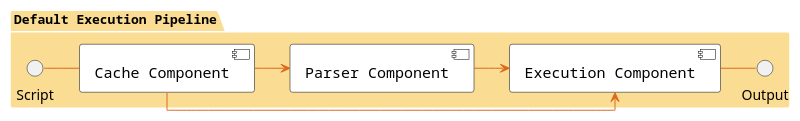
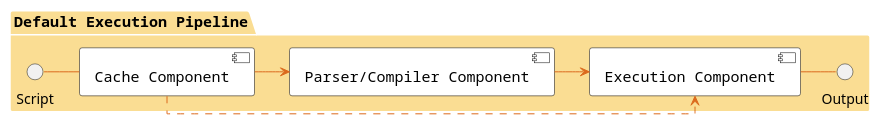
Before and after one commit to navtech-io/Simpleflow: the diagram in SimpleflowDiagram.puml, drawn with PlantUML. The commit also changed 1 other file, not shown here.

```diff
--- a/SimpleflowDiagram.puml
+++ b/SimpleflowDiagram.puml
@@ -1,32 +1,31 @@
 @startuml Simpleflow
 
 skinparam linetype ortho
 
 skinparam component {
   FontSize 15
-  
   FontName Courier
   BorderColor black
   BackgroundColor white
   ArrowFontName Impact
   ArrowColor #db691d
 }
 
 skinparam package {
-  FontSize 13
+  FontSize 15
   FontName Courier
   BorderColor white
   BackgroundColor #fadd93
   ArrowFontName Impact
   
 }
 
 package "Default Execution Pipeline"  {
     Script -right- [Cache Component]
-    [Cache Component] -right-> [Parser Component]  
-    [Cache Component] -right-> [Execution Component]  
-    [Parser Component] -right-> [Execution Component] 
+    [Cache Component] -right-> [Parser/Compiler Component]
+    [Cache Component] .right.> [Execution Component]  
+    [Parser/Compiler Component] -right-> [Execution Component] 
 
     [Execution Component] - Output
 }
 @enduml    
```
